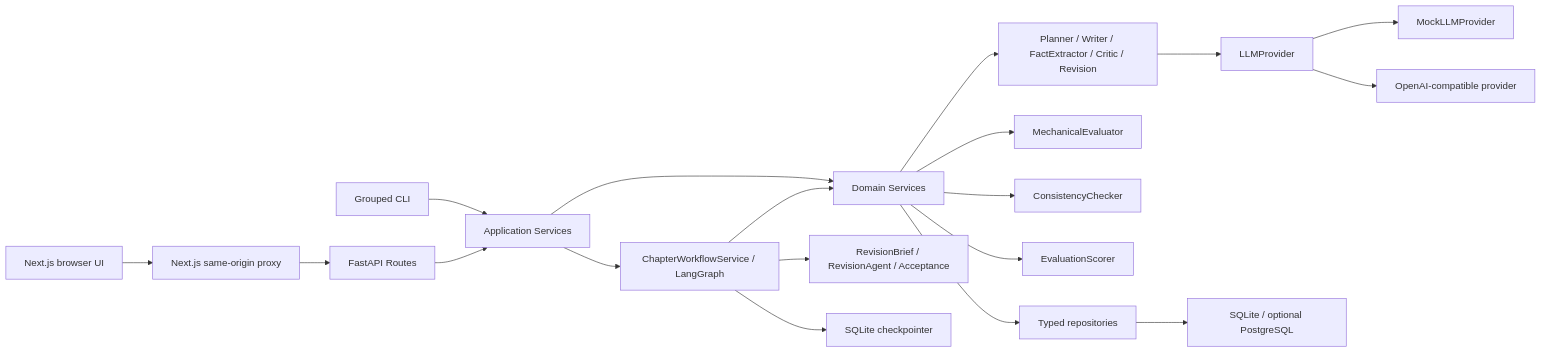
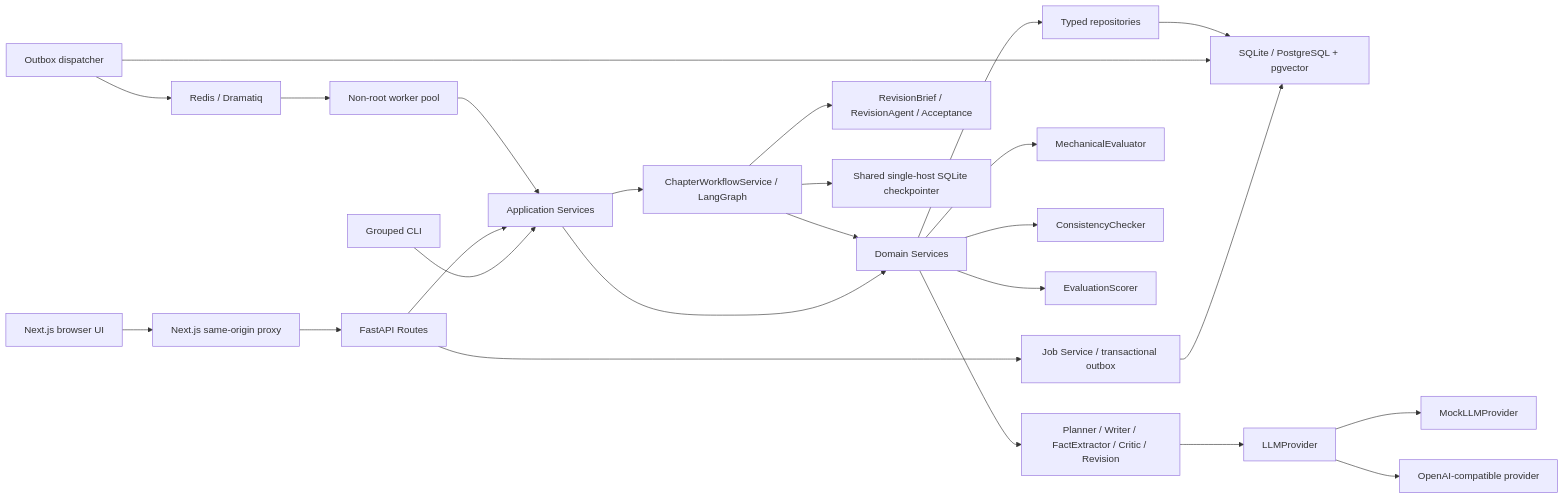
One commit to JiaoZiQ/StoryForge changed the diagram in docs/architecture.md. Above: the diagram before and after it, drawn with Mermaid. The commit also changed other lines of this file and 87 other files, not shown here.

````diff
--- a/docs/architecture.md
+++ b/docs/architecture.md
@@ -5,21 +13,27 @@
 ```mermaid
 flowchart LR
     Browser["Next.js browser UI"] --> Proxy["Next.js same-origin proxy"]
     Proxy --> API
     CLI["Grouped CLI"] --> Application["Application Services"]
     API["FastAPI Routes"] --> Application
+    API --> JobService["Job Service / transactional outbox"]
+    JobService --> DB
+    Dispatcher["Outbox dispatcher"] --> DB
+    Dispatcher --> Redis["Redis / Dramatiq"]
+    Redis --> Workers["Non-root worker pool"]
+    Workers --> Application
     Application --> Workflow["ChapterWorkflowService / LangGraph"]
     Application --> Services["Domain Services"]
     Workflow --> Services
     Workflow --> Revision["RevisionBrief / RevisionAgent / Acceptance"]
-    Workflow --> Checkpoint["SQLite checkpointer"]
+    Workflow --> Checkpoint["Shared single-host SQLite checkpointer"]
     Services --> Agents["Planner / Writer / FactExtractor / Critic / Revision"]
     Services --> Mechanical["MechanicalEvaluator"]
     Services --> Consistency["ConsistencyChecker"]
     Services --> Scorer["EvaluationScorer"]
     Services --> Repositories["Typed repositories"]
     Agents --> LLM["LLMProvider"]
-    Repositories --> DB["SQLite / optional PostgreSQL"]
+    Repositories --> DB["SQLite / PostgreSQL + pgvector"]
     LLM --> Mock["MockLLMProvider"]
     LLM --> Compatible["OpenAI-compatible provider"]
 ```
````
